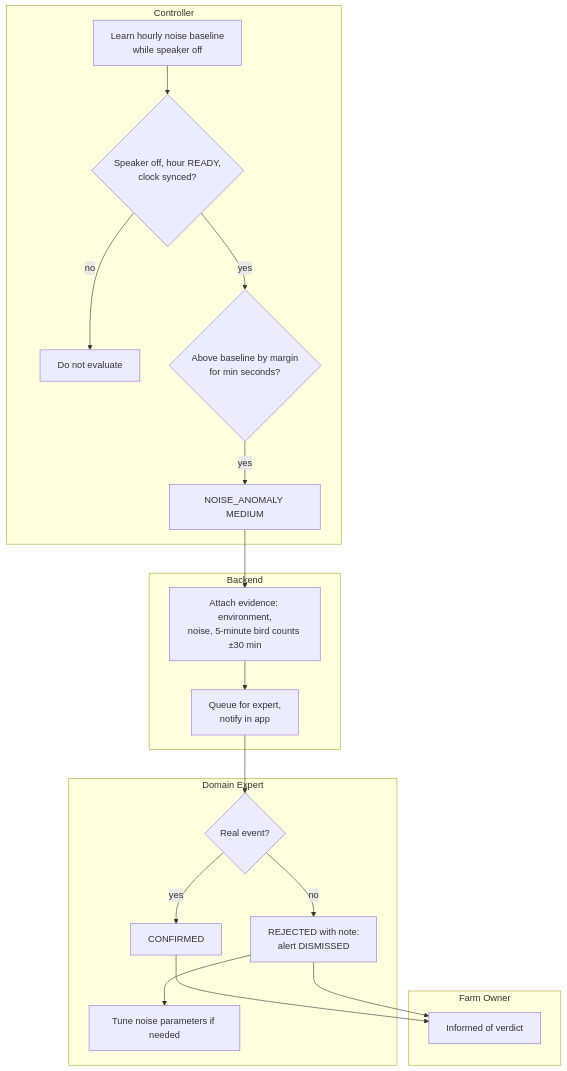
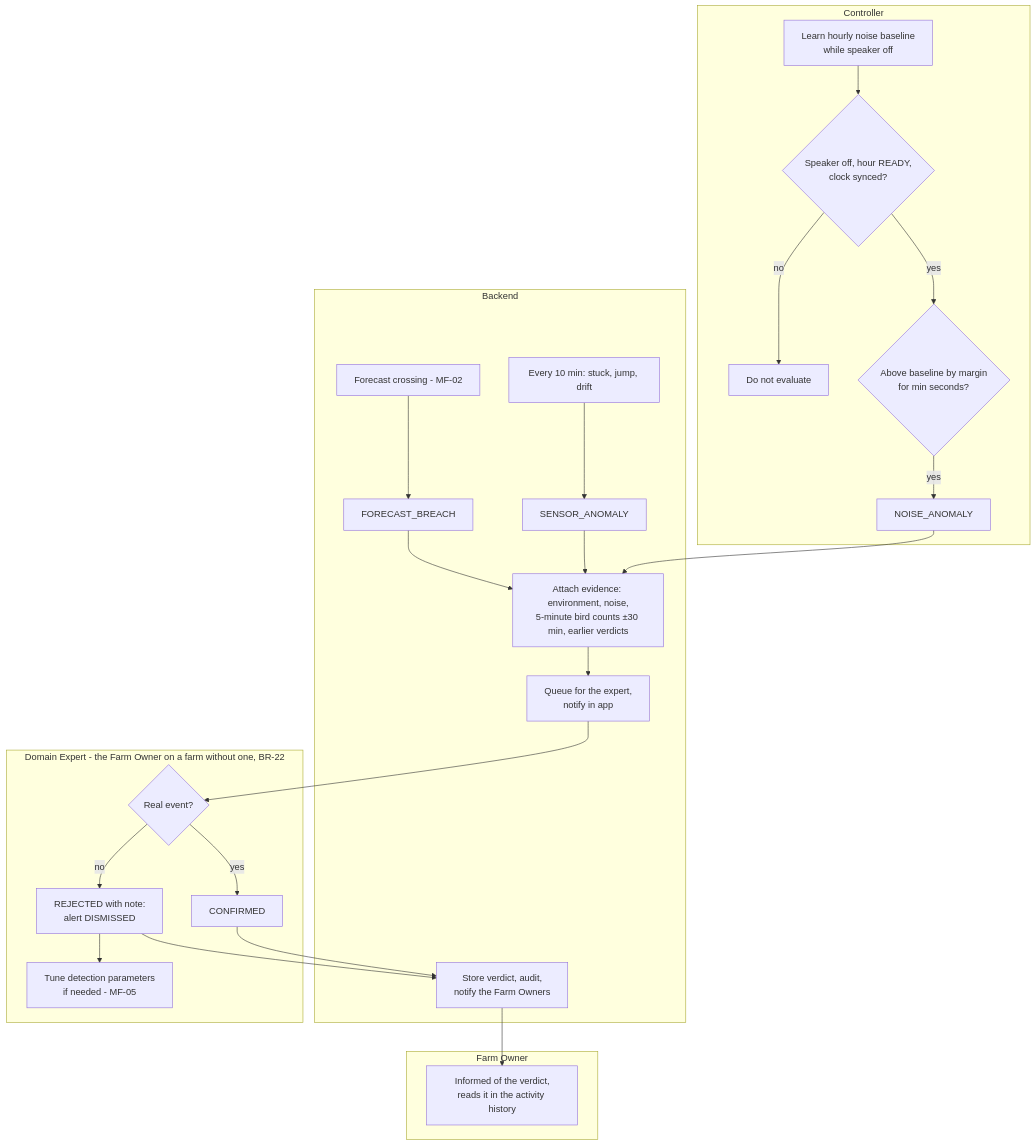
Diagram 24 of 31 in docs/reports/report4-sdd.md (NBao261/SwiftletCare_KLTN), drawn with Mermaid before and after one commit. The commit also changed other lines of this file and 34 other files, not shown here.

First line of the commit message:
docs(srs): regroup the main flows into six business processes

````diff
--- a/docs/reports/report4-sdd.md
+++ b/docs/reports/report4-sdd.md
@@ -1154,23 +1115,28 @@
 ```mermaid
 flowchart TB
   subgraph C[Controller]
     A1[Learn hourly noise baseline<br/>while speaker off] --> A2{Speaker off, hour READY,<br/>clock synced?}
     A2 -- no --> A3[Do not evaluate]
     A2 -- yes --> A4{Above baseline by margin<br/>for min seconds?}
-    A4 -- yes --> A5[NOISE_ANOMALY MEDIUM]
+    A4 -- yes --> A5[NOISE_ANOMALY]
   end
   subgraph B[Backend]
-    B1[Attach evidence: environment,<br/>noise, 5-minute bird counts ±30 min] --> B2[Queue for expert,<br/>notify in app]
+    B0[Every 10 min: stuck, jump, drift] --> B01[SENSOR_ANOMALY]
+    B02[Forecast crossing - MF-02] --> B03[FORECAST_BREACH]
+    B1[Attach evidence: environment, noise,<br/>5-minute bird counts ±30 min, earlier verdicts] --> B2[Queue for the expert,<br/>notify in app]
+    B3[Store verdict, audit,<br/>notify the Farm Owners]
   end
-  subgraph E[Domain Expert]
+  subgraph E[Domain Expert - the Farm Owner on a farm without one, BR-22]
     E1{Real event?} -- yes --> E2[CONFIRMED]
     E1 -- no --> E3[REJECTED with note:<br/>alert DISMISSED]
-    E3 --> E4[Tune noise parameters if needed]
+    E3 --> E4[Tune detection parameters<br/>if needed - MF-05]
   end
   subgraph O[Farm Owner]
-    O1[Informed of verdict]
+    O1[Informed of the verdict,<br/>reads it in the activity history]
   end
   A5 --> B1
+  B01 --> B1
+  B03 --> B1
   B2 --> E1
-  E2 & E3 --> O1
+  E2 & E3 --> B3 --> O1
 ```
````
